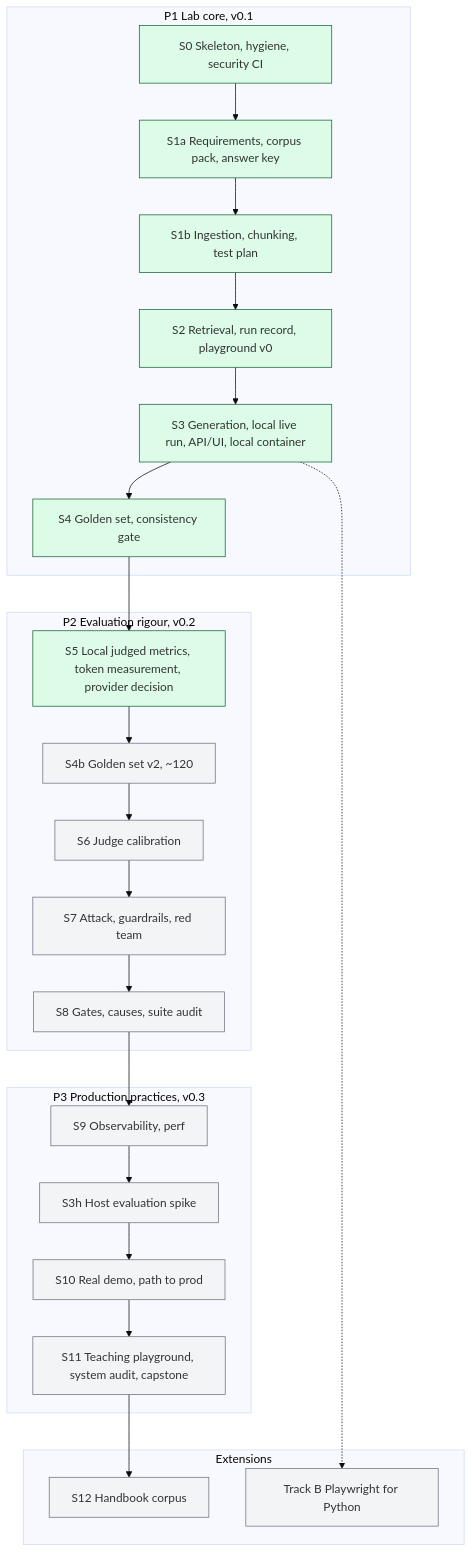
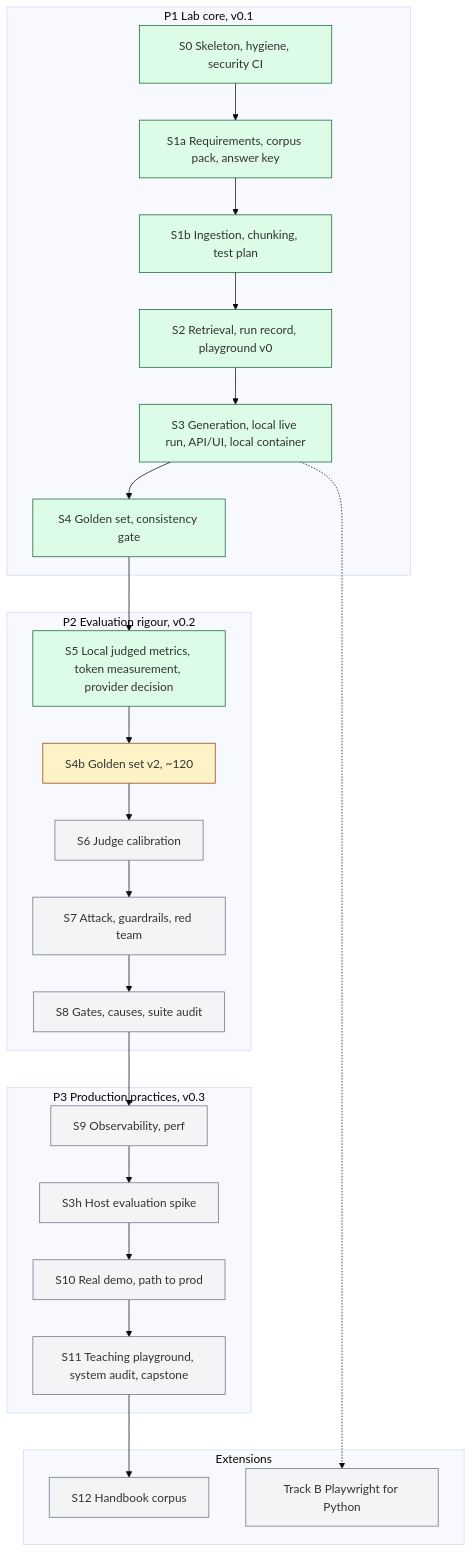
One commit to willcoliveira/ai-testing-rag-lab changed the diagram in README.md. Above: the diagram before and after it, drawn with Mermaid (base theme). The commit also changed 4 other files, not shown here.

````diff
--- a/README.md
+++ b/README.md
@@ -25,25 +25,26 @@
 ```mermaid
 flowchart TB
   subgraph P1[P1 Lab core, v0.1]
     S0[S0 Skeleton, hygiene, security CI] --> S1a[S1a Requirements, corpus pack, answer key] --> S1b[S1b Ingestion, chunking, test plan] --> S2[S2 Retrieval, run record, playground v0] --> S3[S3 Generation, local live run, API/UI, local container] --> S4[S4 Golden set, consistency gate]
   end
   subgraph P2[P2 Evaluation rigour, v0.2]
     S5[S5 Local judged metrics, token measurement, provider decision] --> S4b[S4b Golden set v2, ~120] --> S6[S6 Judge calibration] --> S7[S7 Attack, guardrails, red team] --> S8[S8 Gates, causes, suite audit]
   end
   subgraph P3[P3 Production practices, v0.3]
     S9[S9 Observability, perf] --> S3h[S3h Host evaluation spike] --> S10[S10 Real demo, path to prod] --> S11[S11 Teaching playground, system audit, capstone]
   end
   subgraph EXT[Extensions]
     S12[S12 Handbook corpus]
     B[Track B Playwright for Python]
   end
   S4 --> S5
   S8 --> S9
   S11 --> S12
   S3 -.-> B
   classDef todo fill:#f3f4f6,stroke:#6b7280
   classDef wip fill:#fef3c7,stroke:#92400e
   classDef done fill:#dcfce7,stroke:#166534
   class S0,S1a,S1b,S2,S3,S4,S5 done
-  class S3h,S4b,S6,S7,S8,S9,S10,S11,S12,B todo
+  class S4b wip
+  class S3h,S6,S7,S8,S9,S10,S11,S12,B todo
 ```
````
